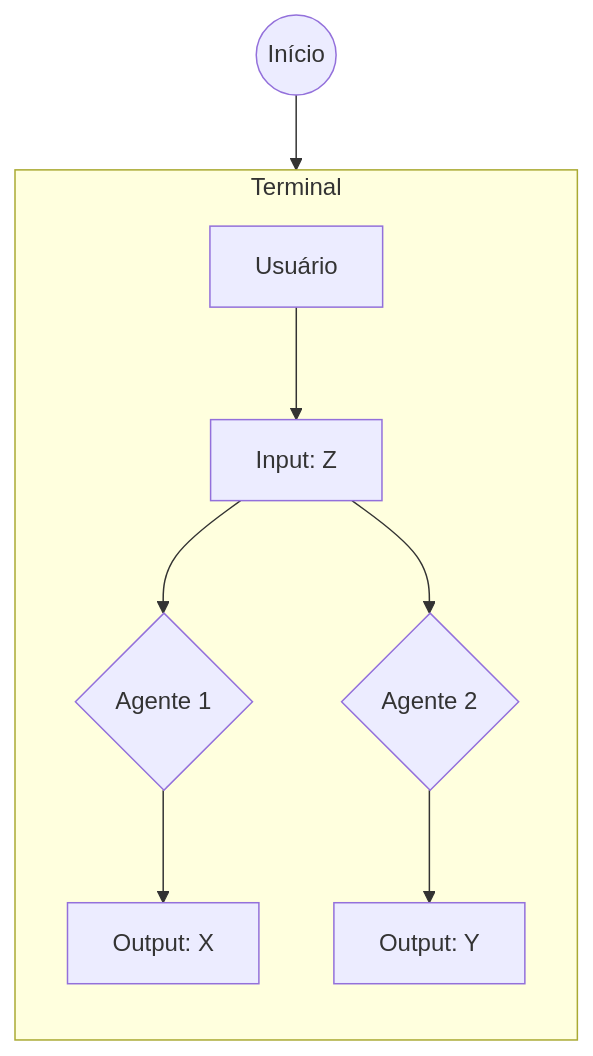
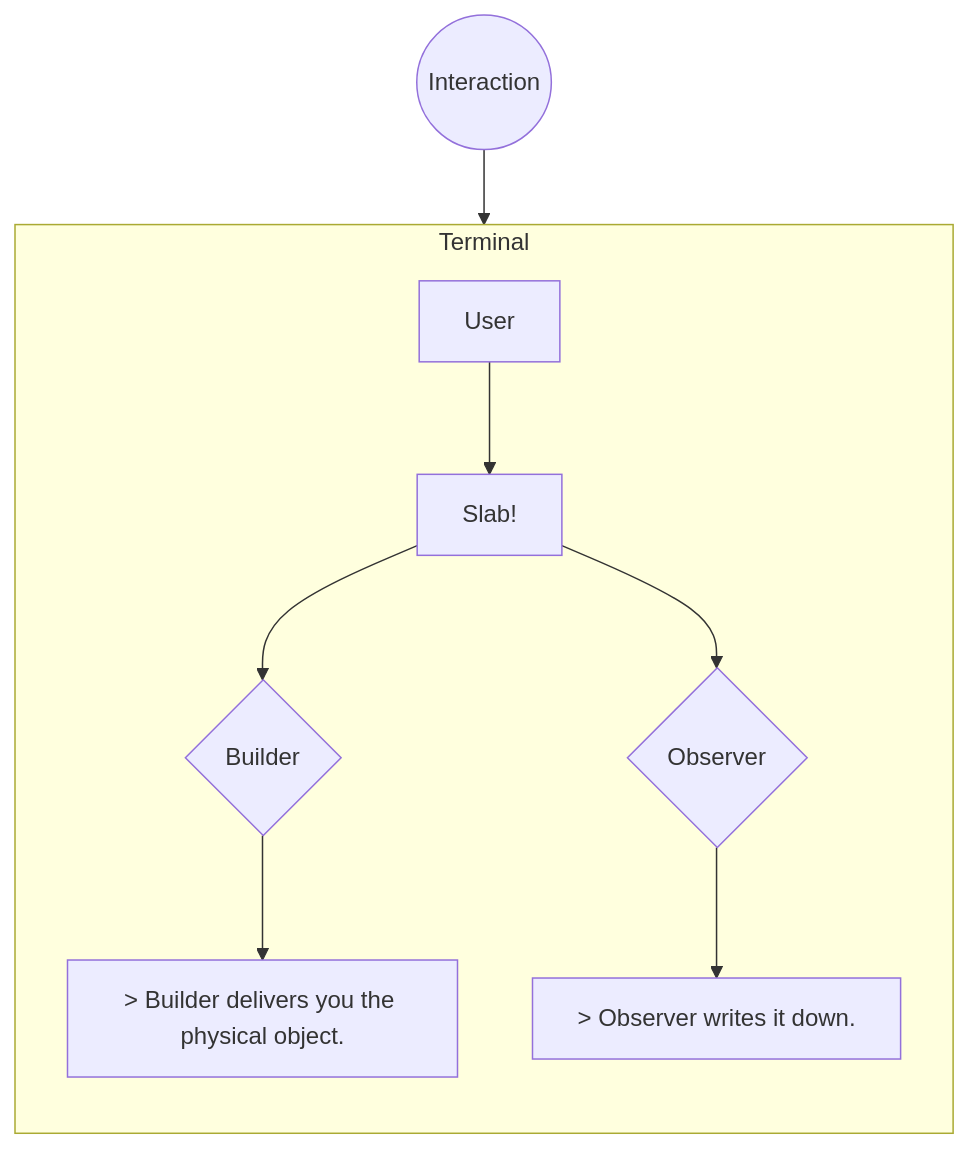
Before and after one commit to leosantos2003/Language-Games: the second of 2 diagrams in README.md, drawn with Mermaid. The commit also changed other lines of this file, not shown here.

````diff
--- a/README.md
+++ b/README.md
@@ -88,21 +88,21 @@
 ```mermaid
 graph TD
     %% --- NÓ EXTERNO ---
     %% Nó "Início" fora da área, conectando-se ao "Usuário" dentro
-    NewStart((Início)) --> User[Usuário]
+    NewStart((Interaction)) --> User[User]
 
     %% --- NOVA ÁREA TERMINAL ---
     subgraph TerminalArea [Terminal]
         direction TB
         %% O antigo nó "Terminal" agora é "Usuário" e está aqui dentro
-        User --> Term_Input[Input: Z]
+        User --> Term_Input["Slab!"]
         
         %% Decisões Finais
-        Term_Input --> T_Ag1{Agente 1}
-        Term_Input --> T_Ag2{Agente 2}
+        Term_Input --> T_Ag1{Builder}
+        Term_Input --> T_Ag2{Observer}
         
         %% Outputs Finais
-        T_Ag1 --> FinalX[Output: X]
-        T_Ag2 --> FinalY[Output: Y]
+        T_Ag1 --> FinalX[> Builder delivers you the physical object.]
+        T_Ag2 --> FinalY[> Observer writes it down.]
     end
 ```
````
